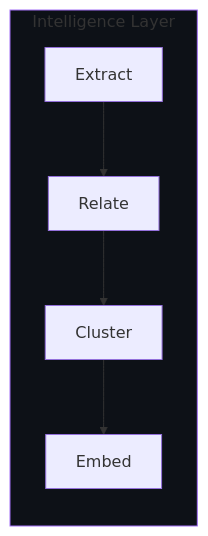
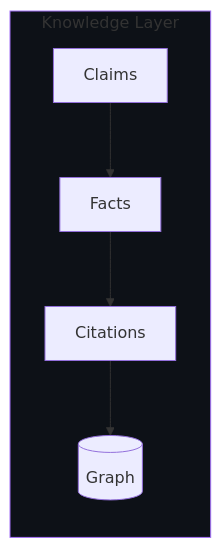
Before and after one commit to delta-prime/.github: the second of 6 diagrams in profile/README.md, drawn with Mermaid. The commit also changed other lines of this file, not shown here.

First line of the commit message:
docs: fix cognitive stack diagrams + add meta-memory

````diff
--- a/profile/README.md
+++ b/profile/README.md
@@ -65,11 +65,11 @@
 ```mermaid
 flowchart LR
-    subgraph INTEL["Intelligence Layer"]
+    subgraph KNOW["Knowledge Layer"]
         direction TB
-        X[Extract] --> R[Relate]
-        R --> C[Cluster]
-        C --> E[Embed]
+        C[Claims] --> F[Facts]
+        F --> CI[Citations]
+        CI --> G[(Graph)]
     end
     
-    style INTEL fill:#0d1117,stroke:#a371f7
+    style KNOW fill:#0d1117,stroke:#a371f7
 ```
````
